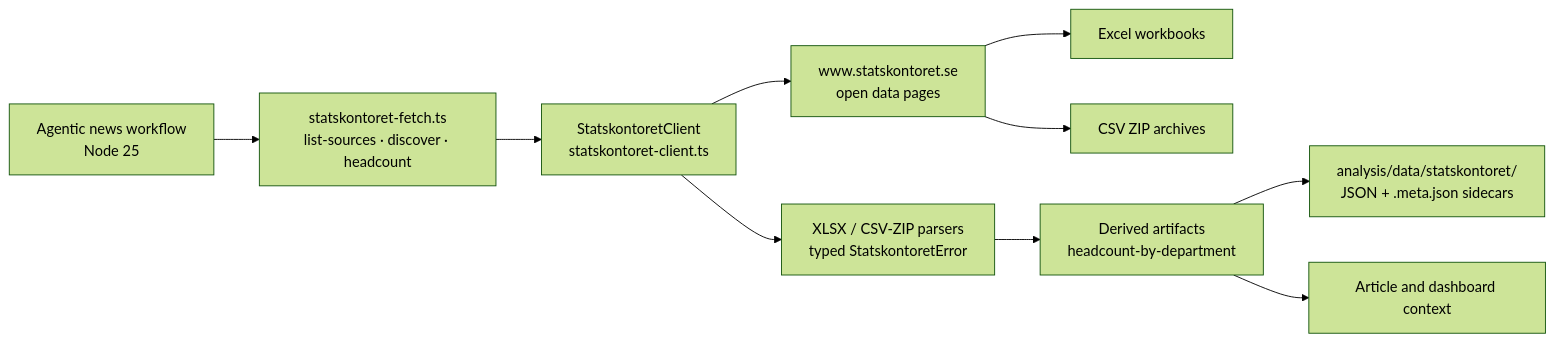
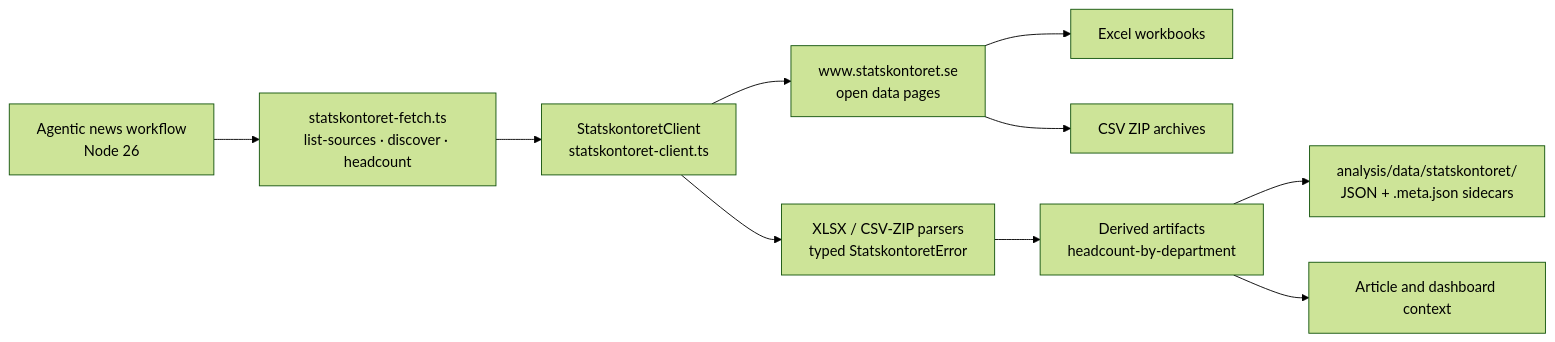
Before and after one commit to Hack23/riksdagsmonitor: diagram 17 of 17 in ARCHITECTURE.md, drawn with Mermaid (forest theme). The commit also changed other lines of this file and 53 other files, not shown here.

````diff
--- a/ARCHITECTURE.md
+++ b/ARCHITECTURE.md
@@ -1937,12 +1937,12 @@
 ```mermaid
 flowchart LR
-    Workflow[Agentic news workflow<br/>Node 25] --> CLI[statskontoret-fetch.ts<br/>list-sources · discover · headcount]
+    Workflow[Agentic news workflow<br/>Node 26] --> CLI[statskontoret-fetch.ts<br/>list-sources · discover · headcount]
     CLI --> Client[StatskontoretClient<br/>statskontoret-client.ts]
     Client --> Source[www.statskontoret.se<br/>open data pages]
     Source --> XLSX[Excel workbooks]
     Source --> ZIP[CSV ZIP archives]
     Client --> Parser[XLSX / CSV-ZIP parsers<br/>typed StatskontoretError]
     Parser --> Derived[Derived artifacts<br/>headcount-by-department]
     Derived --> Persist[analysis/data/statskontoret/<br/>JSON + .meta.json sidecars]
     Derived --> Articles[Article and dashboard context]
 ```
````
